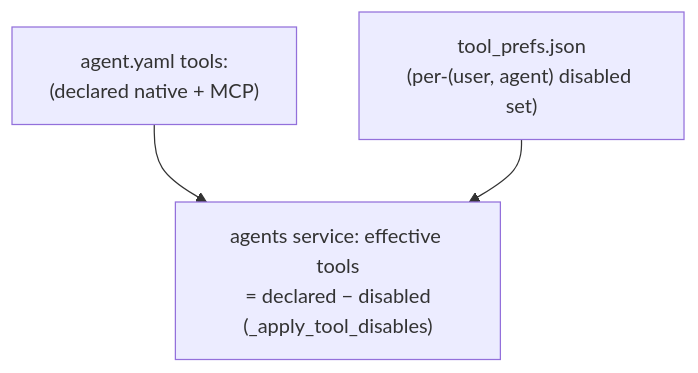
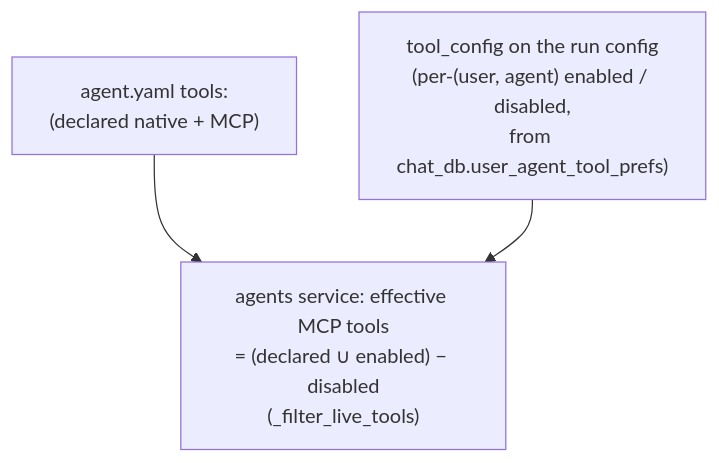
The sixth of 6 diagrams in docs/flows/catalog.md (konstantinosmpouros/mAgenticX), drawn with Mermaid before and after one commit. The commit also changed other lines of this file and 26 other files, not shown here.

````diff
--- a/docs/flows/catalog.md
+++ b/docs/flows/catalog.md
@@ -290,6 +290,6 @@
 ```mermaid
 flowchart TD
-    A["agent.yaml tools:\n(declared native + MCP)"] --> C
-    B["tool_prefs.json\n(per-(user, agent) disabled set)"] --> C
-    C["agents service: effective tools\n= declared − disabled\n(_apply_tool_disables)"]
+    A["agent.yaml tools:<br/>(declared native + MCP)"] --> C
+    B["tool_config on the run config<br/>(per-(user, agent) enabled / disabled,<br/>from chat_db.user_agent_tool_prefs)"] --> C
+    C["agents service: effective MCP tools<br/>= (declared ∪ enabled) − disabled<br/>(_filter_live_tools)"]
 ```
````
